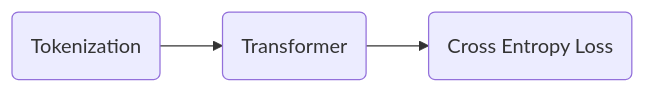
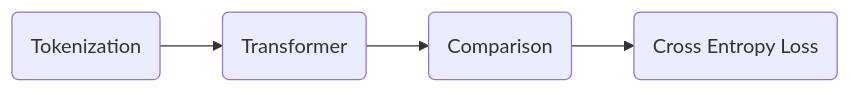
Diagram 16 of 22 in index.md (ChrisZhu2050/chriszhu2050.github.io), drawn with Mermaid before and after one commit. The commit also changed other lines of this file, not shown here.

````diff
--- a/index.md
+++ b/index.md
@@ -471,4 +471,4 @@
   ```mermaid
         graph LR
-            A("`Tokenization`") --> D("`Transformer`") --> I("`Cross Entropy Loss`") 
+            A("`Tokenization`") --> D("`Transformer`") --> B(Comparison) --> I("`Cross Entropy Loss`") 
   ```
````
